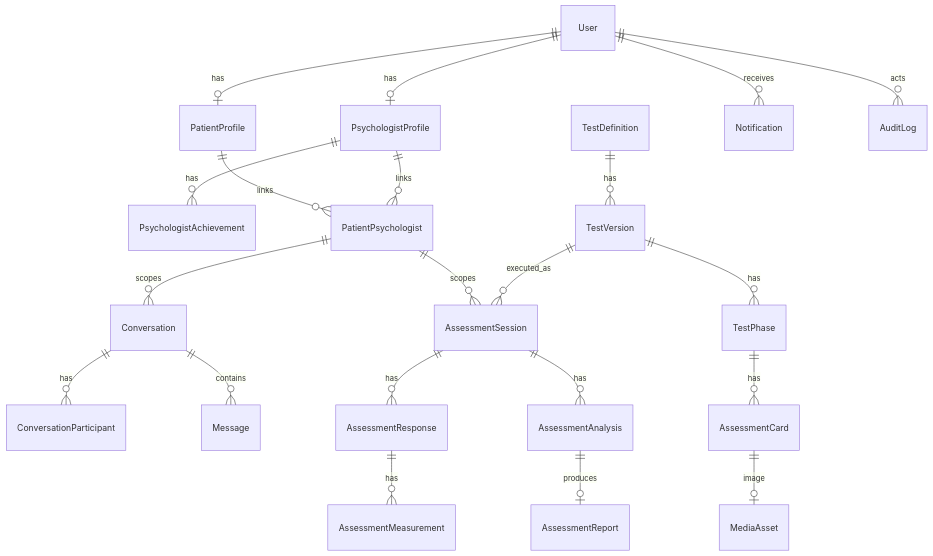
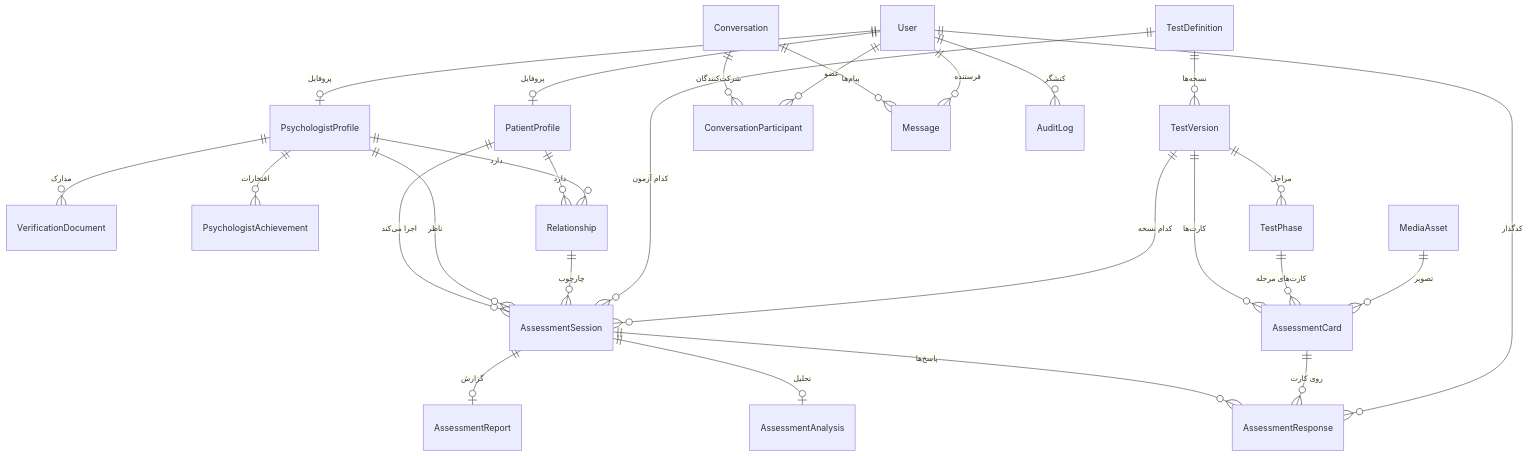
Before and after one commit to elmkhah/rorschach: the first of 2 diagrams in documentation/03-data-model-er.md, drawn with Mermaid. The commit also changed other lines of this file and 23 other files, not shown here.

````diff
--- a/documentation/03-data-model-er.md
+++ b/documentation/03-data-model-er.md
@@ -24,23 +31,33 @@
 ```mermaid
 erDiagram
-    User ||--o| PatientProfile : has
-    User ||--o| PsychologistProfile : has
-    PsychologistProfile ||--o{ PsychologistAchievement : has
-    PatientProfile ||--o{ PatientPsychologist : links
-    PsychologistProfile ||--o{ PatientPsychologist : links
-    PatientPsychologist ||--o{ AssessmentSession : scopes
-    PatientPsychologist ||--o{ Conversation : scopes
-    Conversation ||--o{ ConversationParticipant : has
-    Conversation ||--o{ Message : contains
-    TestDefinition ||--o{ TestVersion : has
-    TestVersion ||--o{ TestPhase : has
-    TestPhase ||--o{ AssessmentCard : has
-    TestVersion ||--o{ AssessmentSession : executed_as
-    AssessmentSession ||--o{ AssessmentResponse : has
-    AssessmentResponse ||--o{ AssessmentMeasurement : has
-    AssessmentSession ||--o{ AssessmentAnalysis : has
-    AssessmentAnalysis ||--o| AssessmentReport : produces
-    User ||--o{ Notification : receives
-    User ||--o{ AuditLog : acts
-    AssessmentCard ||--o| MediaAsset : image
+    User ||--o| PatientProfile : "پروفایل"
+    User ||--o| PsychologistProfile : "پروفایل"
+    PsychologistProfile ||--o{ VerificationDocument : "مدارک"
+    PsychologistProfile ||--o{ PsychologistAchievement : "افتخارات"
+    PatientProfile ||--o{ Relationship : "دارد"
+    PsychologistProfile ||--o{ Relationship : "دارد"
+
+    TestDefinition ||--o{ TestVersion : "نسخه‌ها"
+    TestVersion ||--o{ TestPhase : "مراحل"
+    TestVersion ||--o{ AssessmentCard : "کارت‌ها"
+    TestPhase ||--o{ AssessmentCard : "کارت‌های مرحله"
+    MediaAsset ||--o{ AssessmentCard : "تصویر"
+
+    PatientProfile ||--o{ AssessmentSession : "اجرا می‌کند"
+    PsychologistProfile ||--o{ AssessmentSession : "ناظر"
+    Relationship ||--o{ AssessmentSession : "چارچوب"
+    TestDefinition ||--o{ AssessmentSession : "کدام آزمون"
+    TestVersion ||--o{ AssessmentSession : "کدام نسخه"
+    AssessmentSession ||--o{ AssessmentResponse : "پاسخ‌ها"
+    AssessmentCard ||--o{ AssessmentResponse : "روی کارت"
+    AssessmentSession ||--o| AssessmentAnalysis : "تحلیل"
+    AssessmentSession ||--o| AssessmentReport : "گزارش"
+    User ||--o{ AssessmentResponse : "کدگذار"
+
+    Conversation ||--o{ ConversationParticipant : "شرکت‌کنندگان"
+    Conversation ||--o{ Message : "پیام‌ها"
+    User ||--o{ ConversationParticipant : "عضو"
+    User ||--o{ Message : "فرستنده"
+
+    User ||--o{ AuditLog : "کنشگر"
 ```
````
